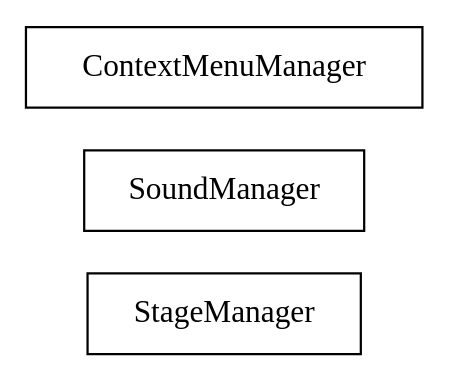
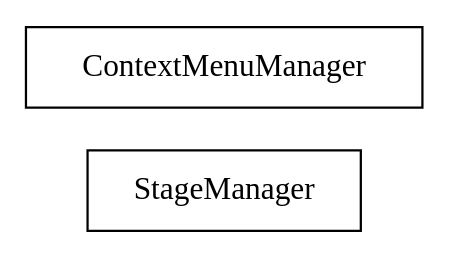
Before and after one commit to sekati/sasapi: the diagram in docs/com/sekati/managers/classes.dot, drawn with Graphviz. The commit also changed 49 other files, not shown here.

```diff
--- a/docs/com/sekati/managers/classes.dot
+++ b/docs/com/sekati/managers/classes.dot
@@ -1,21 +1,15 @@
 strict digraph class_diagram {
   rankdir=LR;
   TypeStageManager[
     label="StageManager",
     URL="StageManager.html",
     tooltip="com.sekati.managers.StageManager",
-    shape="record"
-  ];
-  TypeSoundManager[
-    label="SoundManager",
-    URL="SoundManager.html",
-    tooltip="com.sekati.managers.SoundManager",
     shape="record"
   ];
   TypeContextMenuManager[
     label="ContextMenuManager",
     URL="ContextMenuManager.html",
     tooltip="com.sekati.managers.ContextMenuManager",
     shape="record"
   ];
 }
```
